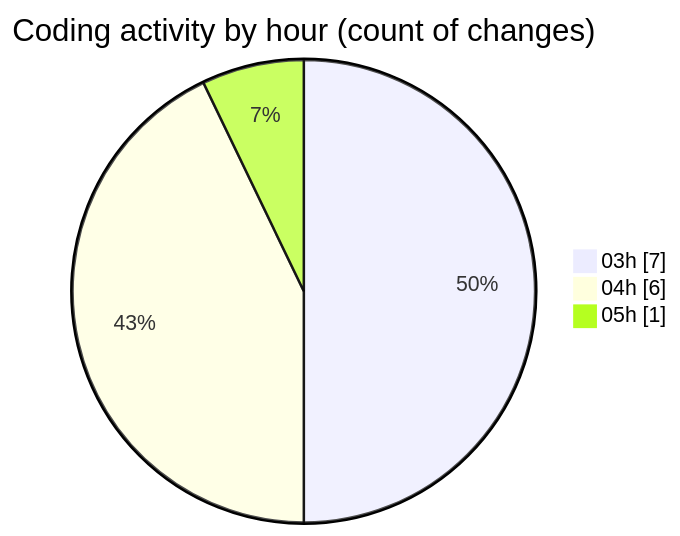
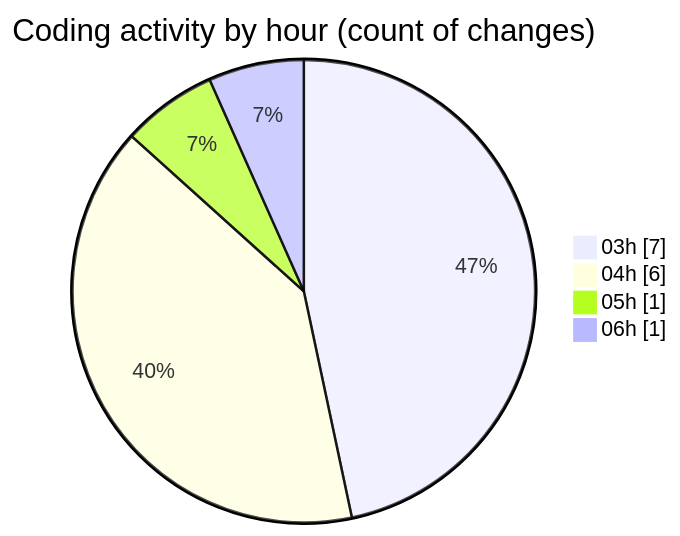
The second of 2 diagrams in 2025-07-02/cursor/README.md (FelipKnott/code-tracking), drawn with Mermaid before and after one commit. The commit also changed other lines of this file and 1 other file, not shown here.

````diff
--- a/2025-07-02/cursor/README.md
+++ b/2025-07-02/cursor/README.md
@@ -30,7 +30,8 @@
 ```mermaid
 pie showData
 title Coding activity by hour (count of changes)
 "03h" : 7
 "04h" : 6
 "05h" : 1
+"06h" : 1
 ```
````
